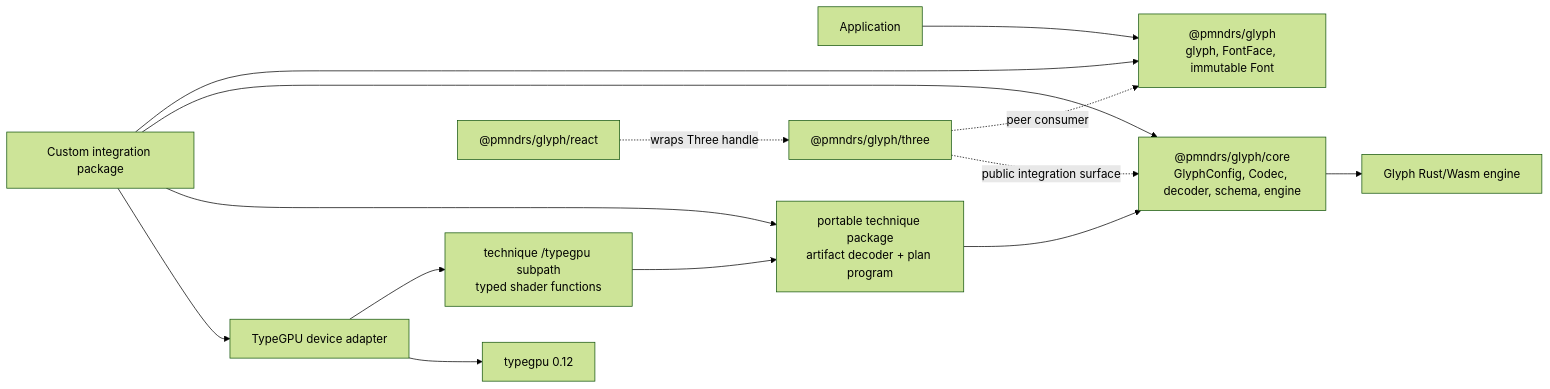
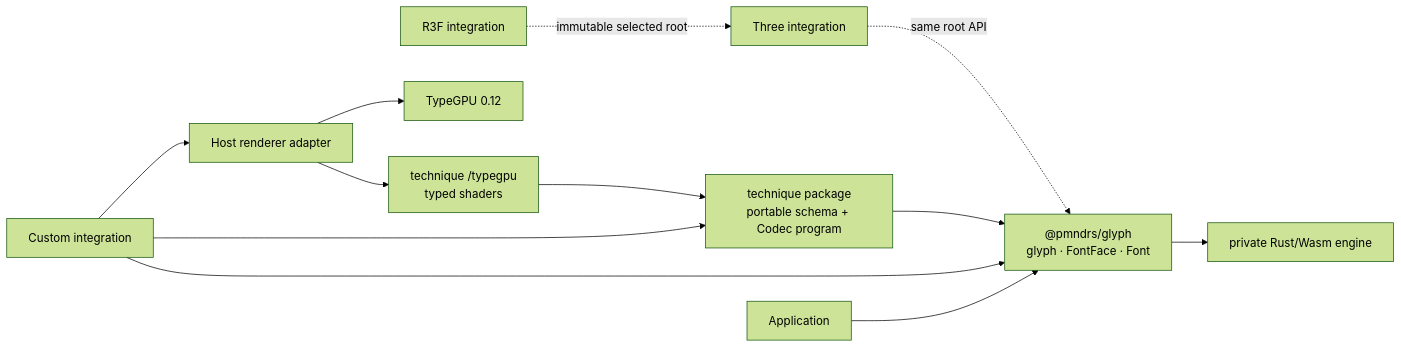
Before and after one commit to pmndrs/glyph: the first of 4 diagrams in docs/guides/renderer-integration.md, drawn with Mermaid (forest theme). The commit also changed other lines of this file and 1 other file, not shown here.

Commit message:
docs(glyph): rewrite renderer integration guide

````diff
--- a/docs/guides/renderer-integration.md
+++ b/docs/guides/renderer-integration.md
@@ -72,17 +58,14 @@
 ```mermaid
 flowchart LR
-  App[Application] --> Root["@pmndrs/glyph<br/>glyph, FontFace, immutable Font"]
-  Adapter["Custom integration package"] --> Root
-  Adapter --> Core["@pmndrs/glyph/core<br/>GlyphConfig, Codec, decoder, schema, engine"]
-  Adapter --> Technique["portable technique package<br/>artifact decoder + plan program"]
-  Device["TypeGPU device adapter"] --> TechniqueShader["technique /typegpu subpath<br/>typed shader functions"]
-  Device --> TypeGPU["typegpu 0.12"]
-  Core --> Rust["Glyph Rust/Wasm engine"]
-  Technique --> Core
-  TechniqueShader --> Technique
+  App[Application] --> Glyph["@pmndrs/glyph<br/>glyph · FontFace · Font"]
+  Adapter[Custom integration] --> Glyph
+  Adapter --> Portable["technique package<br/>portable schema + Codec program"]
+  Device[Host renderer adapter] --> Shader["technique /typegpu<br/>typed shaders"]
+  Device --> TypeGPU[TypeGPU 0.12]
+  Glyph --> Rust[private Rust/Wasm engine]
+  Portable --> Glyph
+  Shader --> Portable
   Adapter --> Device
-
-  Three["@pmndrs/glyph/three"] -. peer consumer .-> Root
-  Three -. public integration surface .-> Core
-  R3F["@pmndrs/glyph/react"] -. wraps Three handle .-> Three
+  Three[Three integration] -. same root API .-> Glyph
+  R3F[R3F integration] -. immutable selected root .-> Three
 ```
````
